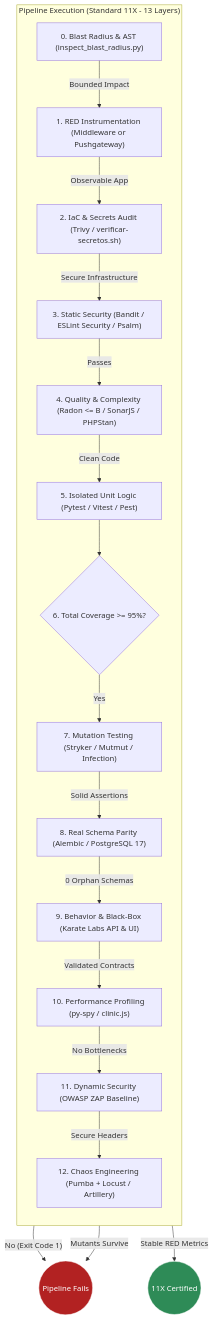
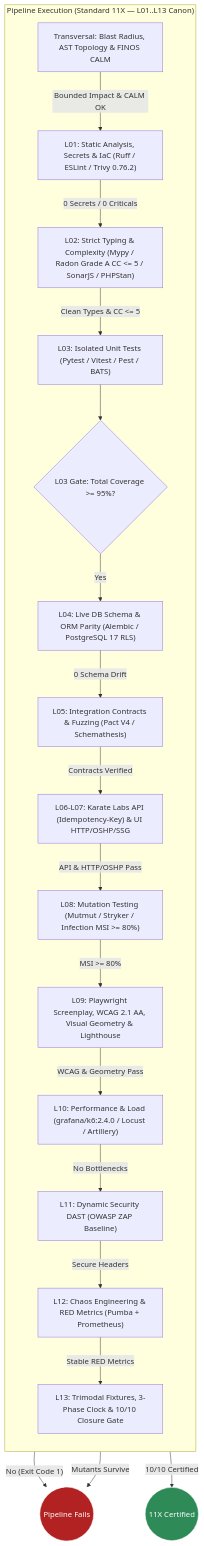
Before and after one commit to tecno-consultores/qa-testing-blueprints: the third of 3 diagrams in docs/ARCHITECTURE_C4.md, drawn with Mermaid. The commit also changed other lines of this file and 304 other files, not shown here.

````diff
--- a/docs/ARCHITECTURE_C4.md
+++ b/docs/ARCHITECTURE_C4.md
@@ -117,41 +117,43 @@
 ```mermaid
 flowchart TD
-    subgraph Pipeline11X["Pipeline Execution (Standard 11X - 13 Layers)"]
+    subgraph Pipeline11X["Pipeline Execution (Standard 11X — L01..L13 Canon)"]
         direction TB
 
-        Blast["0. Blast Radius & AST (inspect_blast_radius.py)"]
-        Obs["1. RED Instrumentation (Middleware or Pushgateway)"]
-        IaC["2. IaC & Secrets Audit (Trivy / verificar-secretos.sh)"]
-        SAST["3. Static Security (Bandit / ESLint Security / Psalm)"]
-        Static["4. Quality & Complexity (Radon <= B / SonarJS / PHPStan)"]
-        Unit["5. Isolated Unit Logic (Pytest / Vitest / Pest)"]
-        Coverage{"6. Total Coverage >= 95%?"}
-        Mutation["7. Mutation Testing (Stryker / Mutmut / Infection)"]
-        Parity["8. Real Schema Parity (Alembic / PostgreSQL 17)"]
-        BDD["9. Behavior & Black-Box (Karate Labs API & UI)"]
-        Performance["10. Performance Profiling (py-spy / clinic.js)"]
-        DAST["11. Dynamic Security (OWASP ZAP Baseline)"]
-        Chaos["12. Chaos Engineering (Pumba + Locust / Artillery)"]
+        Blast["Transversal: Blast Radius, AST Topology & FINOS CALM"]
+        L01["L01: Static Analysis, Secrets & IaC (Ruff / ESLint / Trivy 0.76.2)"]
+        L02["L02: Strict Typing & Complexity (Mypy / Radon Grade A CC <= 5 / SonarJS / PHPStan)"]
+        L03["L03: Isolated Unit Tests (Pytest / Vitest / Pest / BATS)"]
+        Coverage{"L03 Gate: Total Coverage >= 95%?"}
+        L04["L04: Live DB Schema & ORM Parity (Alembic / PostgreSQL 17 RLS)"]
+        L05["L05: Integration Contracts & Fuzzing (Pact V4 / Schemathesis)"]
+        L06L07["L06-L07: Karate Labs API (Idempotency-Key) & UI HTTP/OSHP/SSG"]
+        L08["L08: Mutation Testing (Mutmut / Stryker / Infection MSI >= 80%)"]
+        L09["L09: Playwright Screenplay, WCAG 2.1 AA, Visual Geometry & Lighthouse"]
+        L10["L10: Performance & Load (grafana/k6:2.4.0 / Locust / Artillery)"]
+        L11["L11: Dynamic Security DAST (OWASP ZAP Baseline)"]
+        L12["L12: Chaos Engineering & RED Metrics (Pumba + Prometheus)"]
+        L13["L13: Trimodal Fixtures, 3-Phase Clock & 10/10 Closure Gate"]
     end
 
-    Blast -->|"Bounded Impact"| Obs
-    Obs -->|"Observable App"| IaC
-    IaC -->|"Secure Infrastructure"| SAST
-    SAST -->|"Passes"| Static
-    Static -->|"Clean Code"| Unit
-    Unit --> Coverage
-    Coverage -->|"Yes"| Mutation
+    Blast -->|"Bounded Impact & CALM OK"| L01
+    L01 -->|"0 Secrets / 0 Criticals"| L02
+    L02 -->|"Clean Types & CC <= 5"| L03
+    L03 --> Coverage
+    Coverage -->|"Yes"| L04
     Coverage -->|"No (Exit Code 1)"| FallaPipeline(("Pipeline Fails"))
-    Mutation -->|"Mutants Survive"| FallaPipeline
-    Mutation -->|"Solid Assertions"| Parity
-    Parity -->|"0 Orphan Schemas"| BDD
-    BDD -->|"Validated Contracts"| Performance
-    Performance -->|"No Bottlenecks"| DAST
-    DAST -->|"Secure Headers"| Chaos
-    Chaos -->|"Stable RED Metrics"| Exito(("11X Certified"))
+    L04 -->|"0 Schema Drift"| L05
+    L05 -->|"Contracts Verified"| L06L07
+    L06L07 -->|"API & HTTP/OSHP Pass"| L08
+    L08 -->|"Mutants Survive"| FallaPipeline
+    L08 -->|"MSI >= 80%"| L09
+    L09 -->|"WCAG & Geometry Pass"| L10
+    L10 -->|"No Bottlenecks"| L11
+    L11 -->|"Secure Headers"| L12
+    L12 -->|"Stable RED Metrics"| L13
+    L13 -->|"10/10 Certified"| Exito(("11X Certified"))
 
     classDef pass fill:#2e8b57,stroke:#fff,color:#fff;
     classDef fail fill:#b22222,stroke:#fff,color:#fff;
     class Exito pass;
     class FallaPipeline fail;
 ```
````
